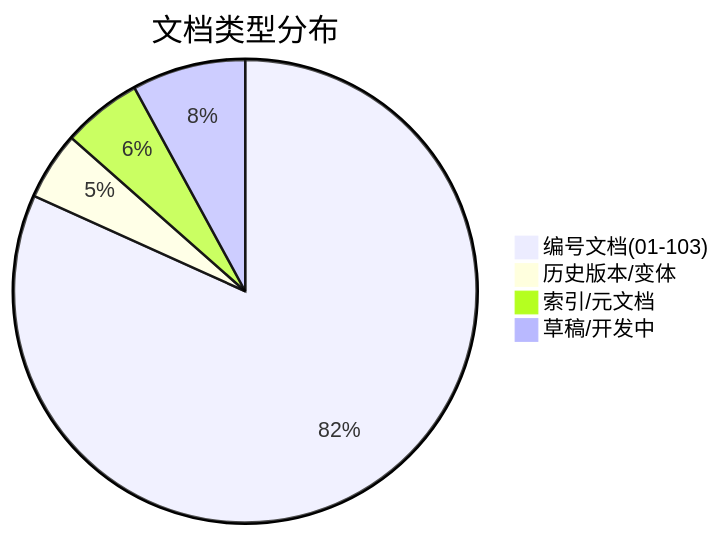
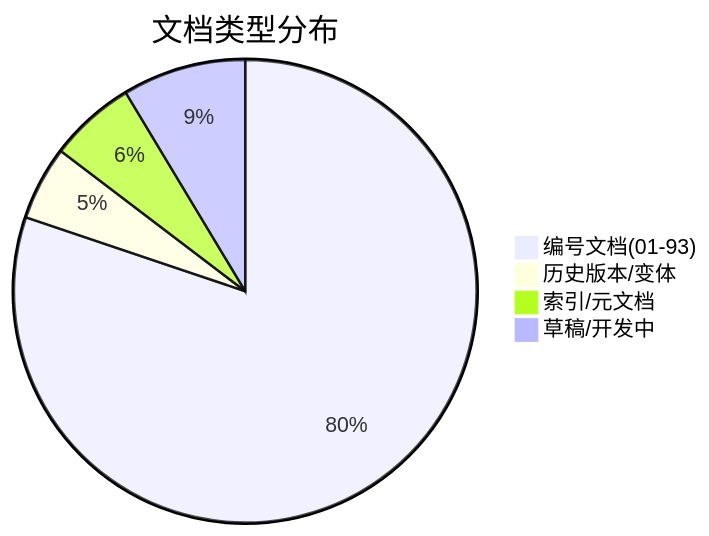
Before and after one commit to yimeng2026/TOE-SYLVA: the first of 5 diagrams in framework/STATISTICS.md, drawn with Mermaid. The commit also changed other lines of this file and 405 other files, not shown here.

````diff
--- a/framework/STATISTICS.md
+++ b/framework/STATISTICS.md
@@ -22,7 +15,7 @@
 ```mermaid
 pie title 文档类型分布
-    "编号文档(01-103)" : 103
+    "编号文档(01-93)" : 93
     "历史版本/变体" : 6
     "索引/元文档" : 7
     "草稿/开发中" : 10
 ```
````
